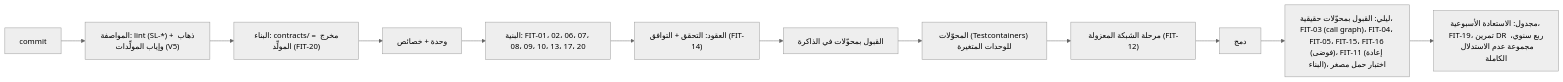
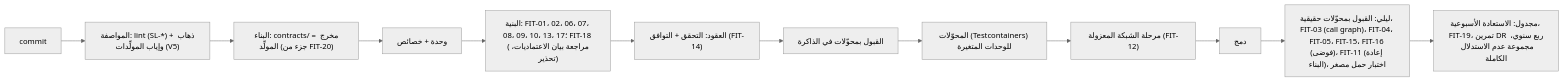
Before and after one commit to Ayoubkhattab/Planing: the third of 3 diagrams in spec/18-analysis-design/24-testing-strategy.md, drawn with Mermaid (neutral theme). The commit also changed other lines of this file and 6 other files, not shown here.

````diff
--- a/spec/18-analysis-design/24-testing-strategy.md
+++ b/spec/18-analysis-design/24-testing-strategy.md
@@ -77,14 +77,14 @@
 ```mermaid
 flowchart LR
   C["commit"] --> S1["المواصفة: lint (SL-*) + ذهاب وإياب المولِّدات (V5)"]
-  S1 --> S2["البناء: contracts/ = مخرج المولِّد (FIT-20)"]
+  S1 --> S2["البناء: contracts/ = مخرج المولِّد (جزء من FIT-20)"]
   S2 --> S3["وحدة + خصائص"]
-  S3 --> S4["البنية: FIT-01، 02، 06، 07، 08، 09، 10، 13، 17، 20"]
+  S3 --> S4["البنية: FIT-01، 02، 06، 07، 08، 09، 10، 13، 17؛ FIT-18 (مراجعة بيان الاعتماديات، تحذير)"]
   S4 --> S5["العقود: التحقق + التوافق (FIT-14)"]
   S5 --> S6["القبول بمحوّلات في الذاكرة"]
   S6 --> S7["المحوّلات (Testcontainers) للوحدات المتغيرة"]
   S7 --> S8["مرحلة الشبكة المعزولة (FIT-12)"]
   S8 --> M["دمج"]
   M --> N["ليلي: القبول بمحوّلات حقيقية، FIT-03 (call graph)، FIT-04، FIT-05، FIT-15، FIT-16 (فوضى)، FIT-11 (إعادة البناء)، اختبار حمل مصغر"]
   N --> W["مجدول: الاستعادة الأسبوعية، FIT-19، تمرين DR ربع سنوي، مجموعة عدم الاستدلال الكاملة"]
 ```
````
